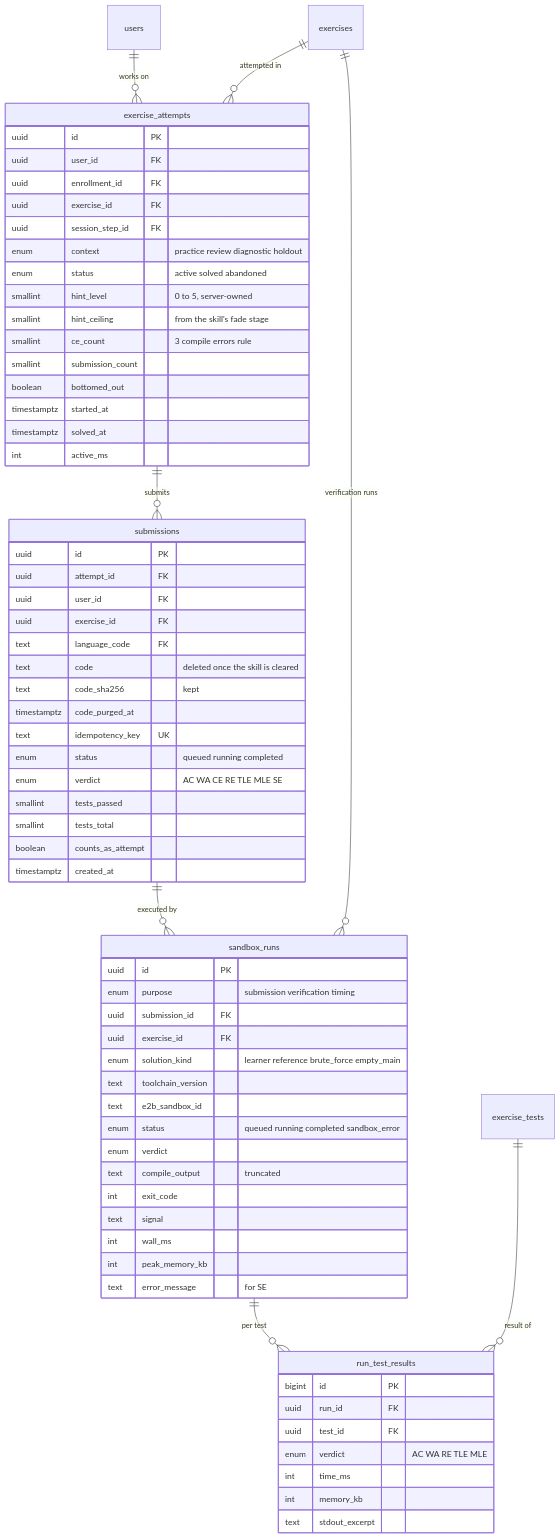
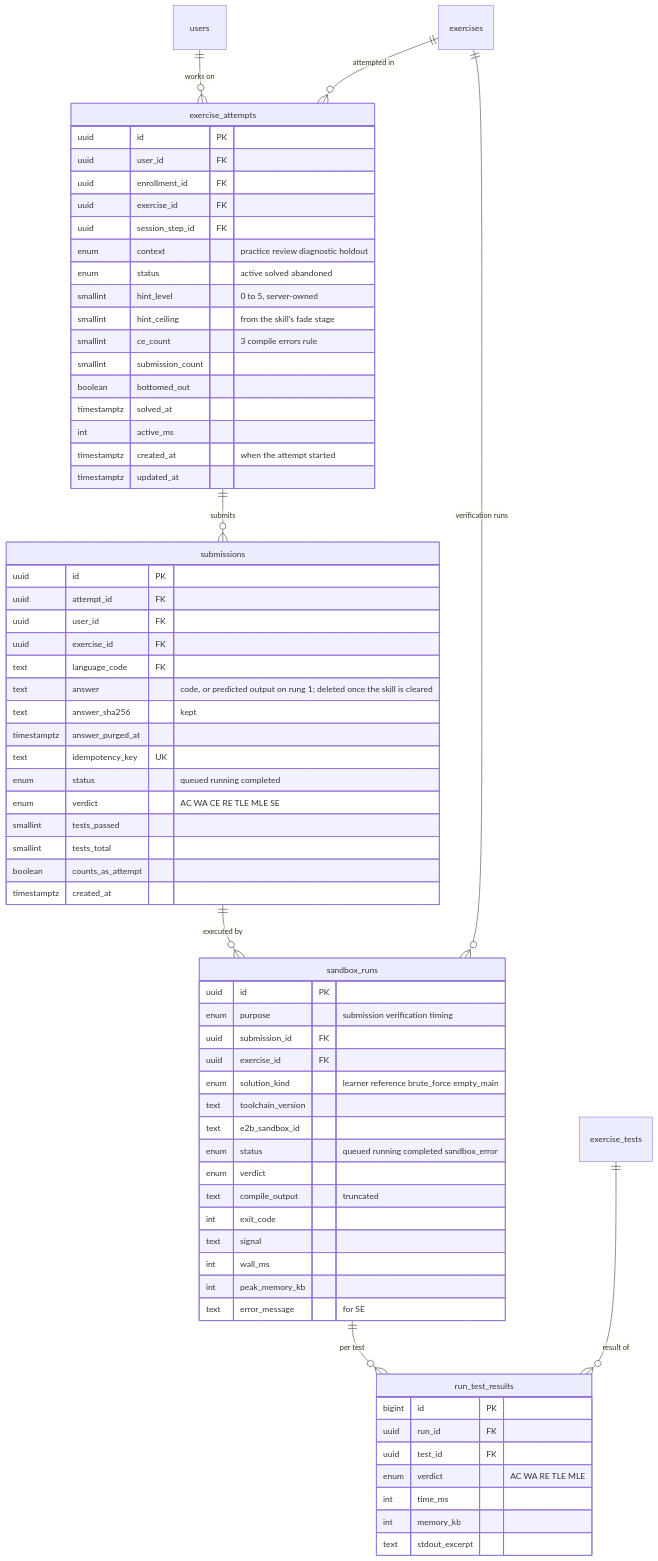
Diagram 12 of 32 in DOCS/phase-2/MP3-System-Design.md (Nidanos/ai-tutor-platform), drawn with Mermaid before and after one commit. The commit also changed other lines of this file, not shown here.

Commit message:
docs: sync Phase 2 design with built schema and auth contract

````diff
--- a/DOCS/phase-2/MP3-System-Design.md
+++ b/DOCS/phase-2/MP3-System-Design.md
@@ -763,70 +765,71 @@
 ```mermaid
 erDiagram
   users ||--o{ exercise_attempts : "works on"
   exercises ||--o{ exercise_attempts : "attempted in"
   exercise_attempts ||--o{ submissions : "submits"
   submissions ||--o{ sandbox_runs : "executed by"
   exercises ||--o{ sandbox_runs : "verification runs"
   sandbox_runs ||--o{ run_test_results : "per test"
   exercise_tests ||--o{ run_test_results : "result of"
   exercise_attempts {
     uuid id PK
     uuid user_id FK
     uuid enrollment_id FK
     uuid exercise_id FK
     uuid session_step_id FK
     enum context "practice review diagnostic holdout"
     enum status "active solved abandoned"
     smallint hint_level "0 to 5, server-owned"
     smallint hint_ceiling "from the skill's fade stage"
     smallint ce_count "3 compile errors rule"
     smallint submission_count
     boolean bottomed_out
-    timestamptz started_at
     timestamptz solved_at
     int active_ms
+    timestamptz created_at "when the attempt started"
+    timestamptz updated_at
   }
   submissions {
     uuid id PK
     uuid attempt_id FK
     uuid user_id FK
     uuid exercise_id FK
     text language_code FK
-    text code "deleted once the skill is cleared"
-    text code_sha256 "kept"
-    timestamptz code_purged_at
+    text answer "code, or predicted output on rung 1; deleted once the skill is cleared"
+    text answer_sha256 "kept"
+    timestamptz answer_purged_at
     text idempotency_key UK
     enum status "queued running completed"
     enum verdict "AC WA CE RE TLE MLE SE"
     smallint tests_passed
     smallint tests_total
     boolean counts_as_attempt
     timestamptz created_at
   }
   sandbox_runs {
     uuid id PK
     enum purpose "submission verification timing"
     uuid submission_id FK
     uuid exercise_id FK
     enum solution_kind "learner reference brute_force empty_main"
     text toolchain_version
     text e2b_sandbox_id
     enum status "queued running completed sandbox_error"
     enum verdict
     text compile_output "truncated"
     int exit_code
     text signal
     int wall_ms
     int peak_memory_kb
     text error_message "for SE"
   }
   run_test_results {
     bigint id PK
     uuid run_id FK
     uuid test_id FK
     enum verdict "AC WA RE TLE MLE"
     int time_ms
     int memory_kb
     text stdout_excerpt
   }
 ```
````
